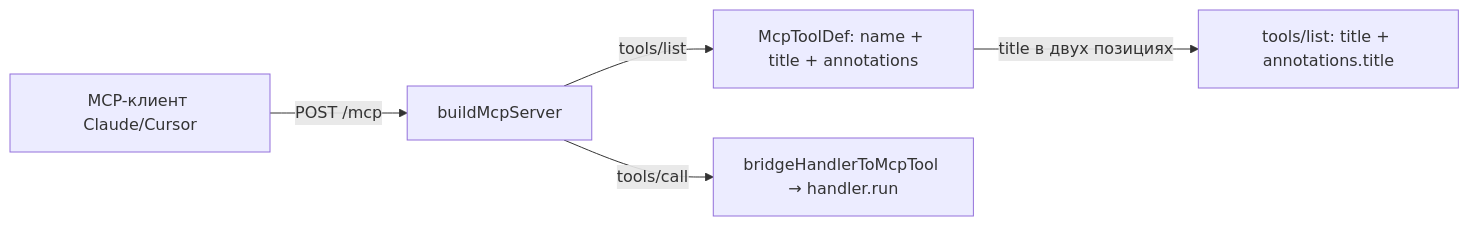
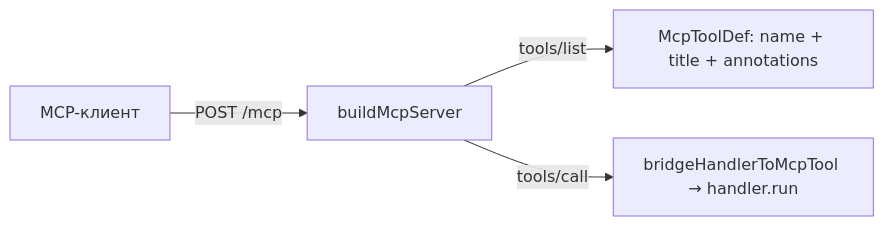
One commit to AI-37/ai37-agent-sdk changed the fifth of 7 diagrams in README.md. Above: the diagram before and after it, drawn with Mermaid. The commit also changed other lines of this file, not shown here.

````diff
--- a/README.md
+++ b/README.md
@@ -152,7 +131,6 @@
 ```mermaid
 flowchart LR
-  MC[MCP-клиент Claude/Cursor] -->|POST /mcp| H[buildMcpServer]
+  MC[MCP-клиент] -->|POST /mcp| H[buildMcpServer]
   H -->|tools/list| T[McpToolDef: name + title + annotations]
-  T -->|title в двух позициях| L2[tools/list: title + annotations.title]
   H -->|tools/call| BR[bridgeHandlerToMcpTool → handler.run]
 ```
````
